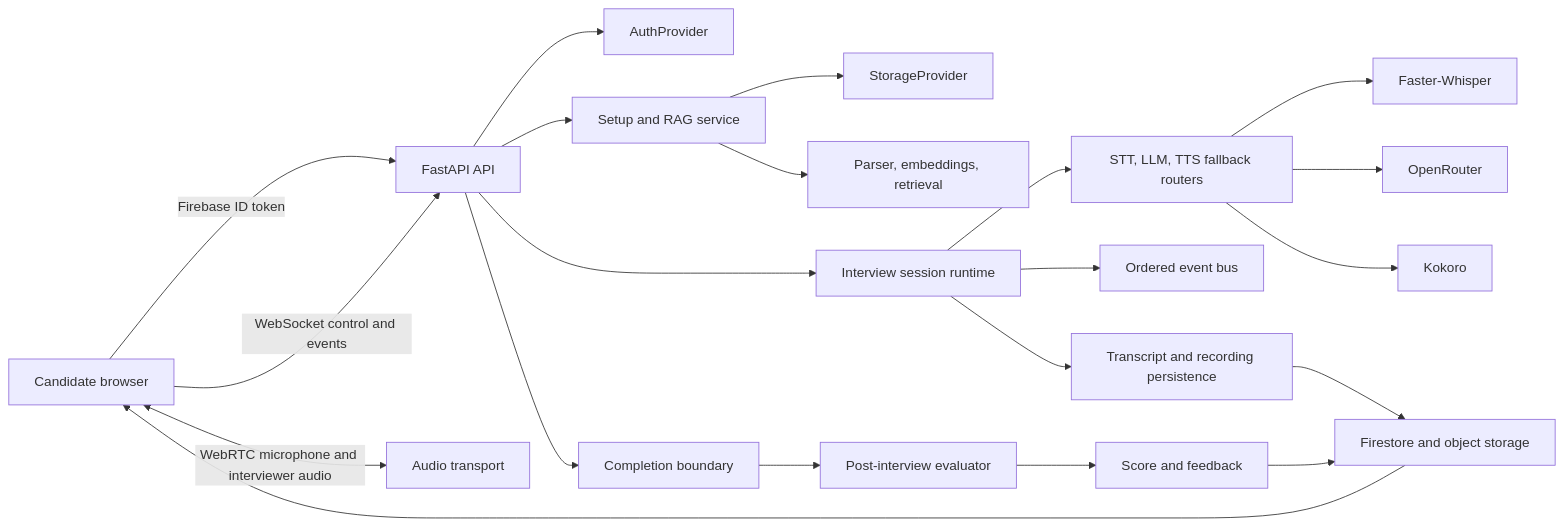
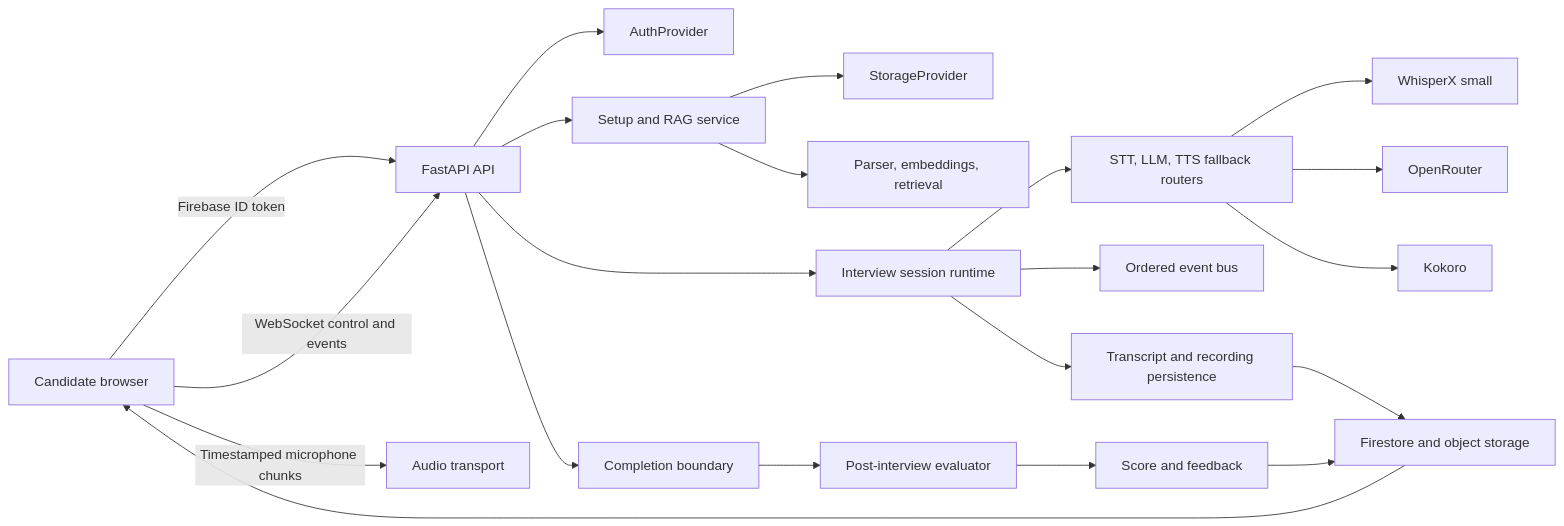
One commit to shubhank008/ai-interviewer changed the first of 7 diagrams in SPEC.md. Above: the diagram before and after it, drawn with Mermaid. The commit also changed other lines of this file and 7 other files, not shown here.

````diff
--- a/SPEC.md
+++ b/SPEC.md
@@ -340,23 +354,23 @@
 ```mermaid
 flowchart LR
     U[Candidate browser] -->|Firebase ID token| API[FastAPI API]
     U -->|WebSocket control and events| API
-    U <-->|WebRTC microphone and interviewer audio| MEDIA[Audio transport]
+    U -->|Timestamped microphone chunks| MEDIA[Audio transport]
     API --> AUTH[AuthProvider]
     API --> SETUP[Setup and RAG service]
     SETUP --> STORE[StorageProvider]
     SETUP --> RAG[Parser, embeddings, retrieval]
     API --> SESSION[Interview session runtime]
     SESSION --> ROUTERS[STT, LLM, TTS fallback routers]
-    ROUTERS --> STT[Faster-Whisper]
+    ROUTERS --> STT[WhisperX small]
     ROUTERS --> LLM[OpenRouter]
     ROUTERS --> TTS[Kokoro]
     SESSION --> EVENTS[Ordered event bus]
     SESSION --> RECORDS[Transcript and recording persistence]
     API --> COMPLETE[Completion boundary]
     COMPLETE --> EVAL[Post-interview evaluator]
     EVAL --> RESULTS[Score and feedback]
     RECORDS --> DB[Firestore and object storage]
     RESULTS --> DB
     DB --> U
 ```
````
